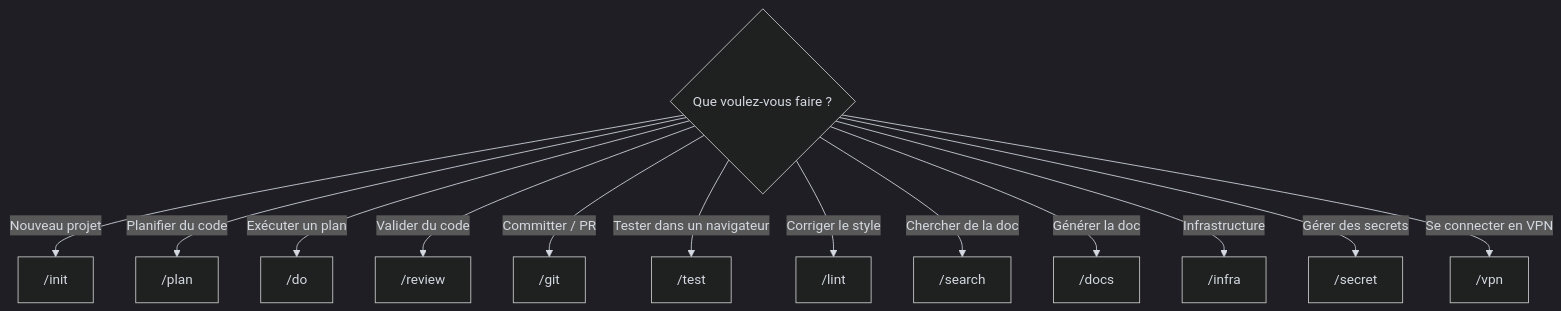
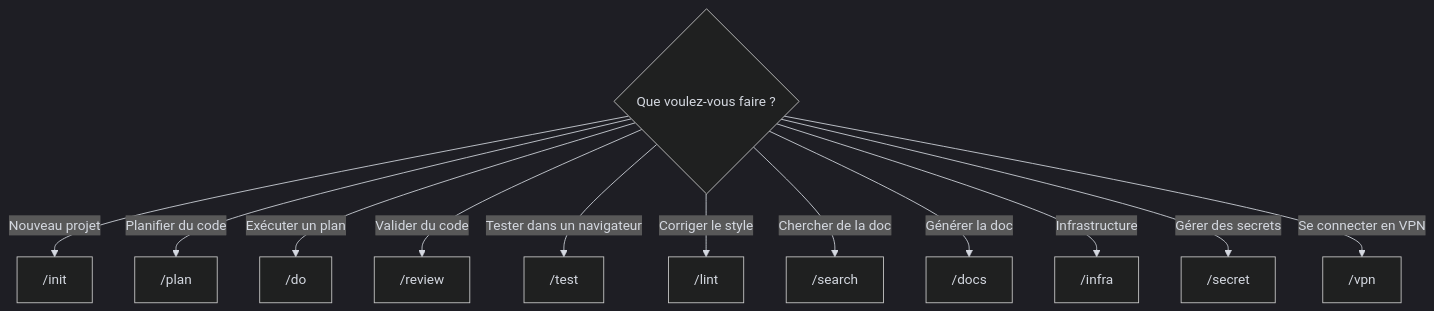
One commit to kodflow/view changed the diagram in docs/commands/README.md. Above: the diagram before and after it, drawn with Mermaid. The commit also changed other lines of this file and 24 other files, not shown here.

````diff
--- a/docs/commands/README.md
+++ b/docs/commands/README.md
@@ -7,23 +7,22 @@
 ```mermaid
 %%{init: {'theme': 'dark', 'themeVariables': {
   'primaryColor': '#9D76FB1a',
   'primaryBorderColor': '#9D76FB',
   'primaryTextColor': '#d4d8e0',
   'lineColor': '#d4d8e0',
   'textColor': '#d4d8e0'
 }}}%%
 flowchart TD
     Q{Que voulez-vous faire ?}
     Q -->|Nouveau projet| A["/init"]
     Q -->|Planifier du code| B["/plan"]
     Q -->|Exécuter un plan| C["/do"]
     Q -->|Valider du code| D["/review"]
-    Q -->|Committer / PR| E["/git"]
     Q -->|Tester dans un navigateur| F["/test"]
     Q -->|Corriger le style| G["/lint"]
     Q -->|Chercher de la doc| H["/search"]
     Q -->|Générer la doc| I["/docs"]
     Q -->|Infrastructure| J["/infra"]
     Q -->|Gérer des secrets| K["/secret"]
     Q -->|Se connecter en VPN| L["/vpn"]
 ```
````
